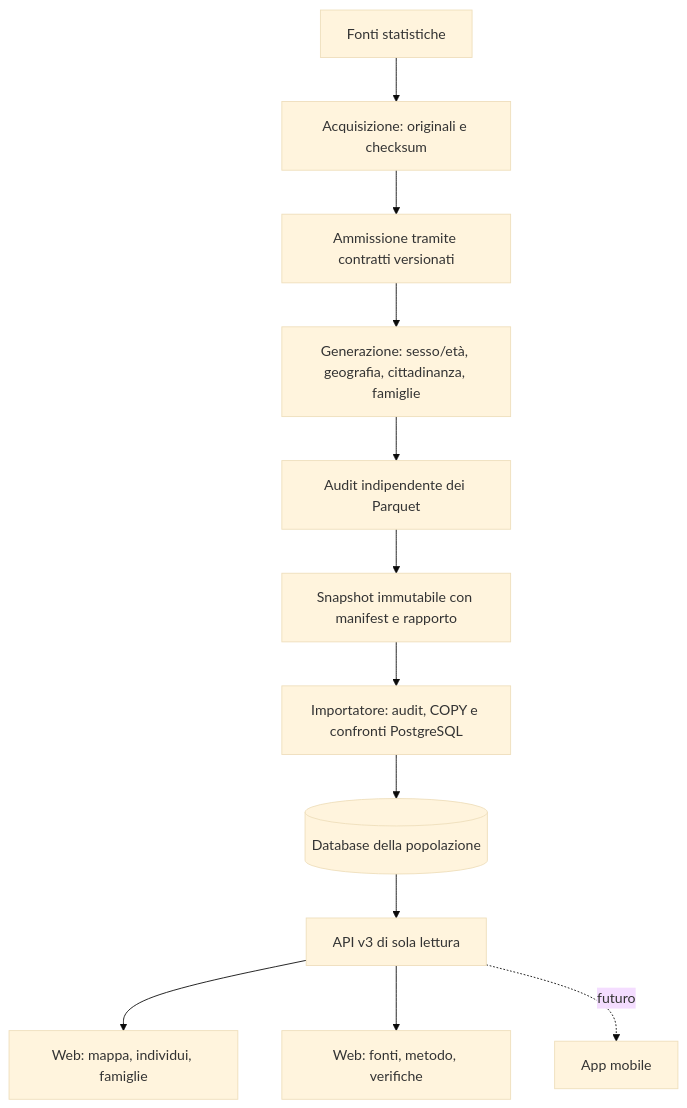
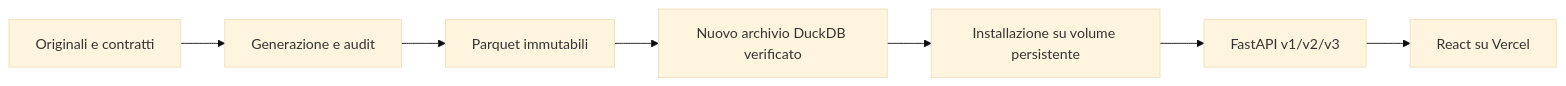
Before and after one commit to matik81/itadb: the diagram in docs/architecture.md, drawn with Mermaid (base theme). The commit also changed other lines of this file and 116 other files, not shown here.

````diff
--- a/docs/architecture.md
+++ b/docs/architecture.md
@@ -11,14 +6,9 @@
 ```mermaid
-flowchart TB
-  S[Fonti statistiche] --> C[Acquisizione: originali e checksum]
-  C --> I[Ammissione tramite contratti versionati]
-  I --> G[Generazione: sesso/età, geografia, cittadinanza, famiglie]
-  G --> Q[Audit indipendente dei Parquet]
-  Q --> P[Snapshot immutabile con manifest e rapporto]
-  P --> L[Importatore: audit, COPY e confronti PostgreSQL]
-  L --> D[(Database della popolazione)]
-  D --> A[API v3 di sola lettura]
-  A --> W[Web: mappa, individui, famiglie]
-  A --> E[Web: fonti, metodo, verifiche]
-  A -. futuro .-> M[App mobile]
+flowchart LR
+  S[Originali e contratti] --> G[Generazione e audit]
+  G --> P[Parquet immutabili]
+  P --> C[Nuovo archivio DuckDB verificato]
+  C --> V[Installazione su volume persistente]
+  V --> A[FastAPI v1/v2/v3]
+  A --> W[React su Vercel]
 ```
````
